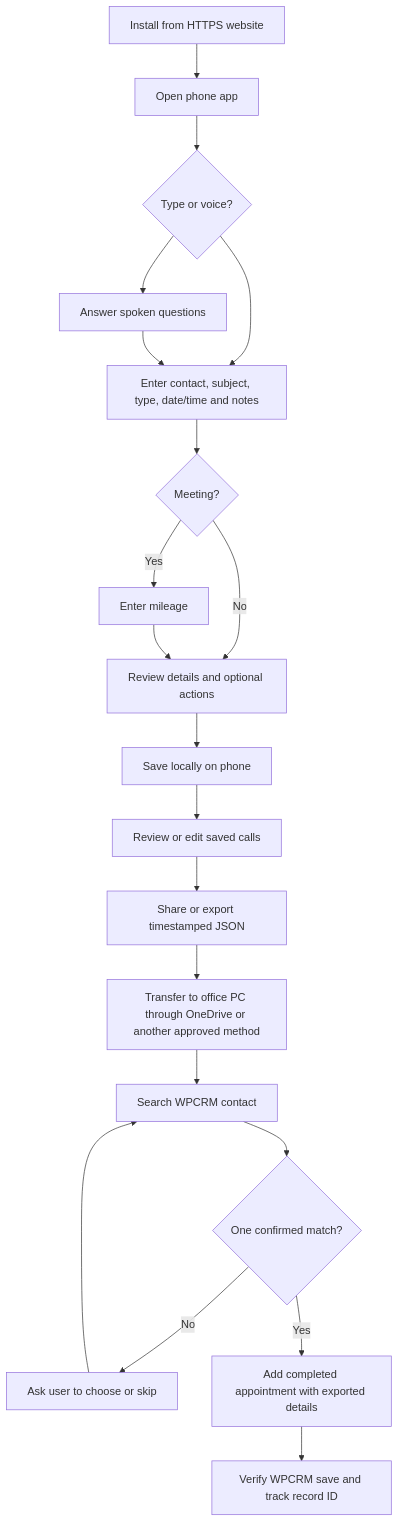
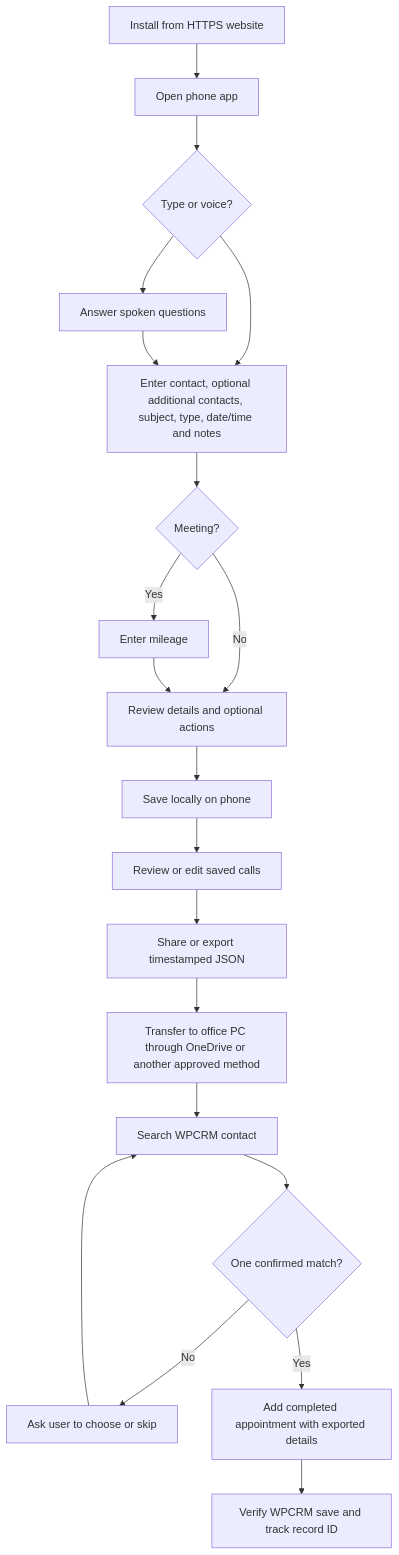
The diagram in FLOWCHART.md (thebaumeister-rgb/wpcrm-call-logger), drawn with Mermaid before and after one commit. The commit also changed 8 other files, not shown here.

````diff
--- a/FLOWCHART.md
+++ b/FLOWCHART.md
@@ -3,22 +3,22 @@
 ```mermaid
 flowchart TD
     A[Install from HTTPS website] --> B[Open phone app]
     B --> C{Type or voice?}
-    C --> D[Enter contact, subject, type, date/time and notes]
+    C --> D[Enter contact, optional additional contacts, subject, type, date/time and notes]
     C --> E[Answer spoken questions]
     E --> D
     D --> F{Meeting?}
     F -- Yes --> G[Enter mileage]
     F -- No --> H[Review details and optional actions]
     G --> H
     H --> I[Save locally on phone]
     I --> J[Review or edit saved calls]
     J --> K[Share or export timestamped JSON]
     K --> L[Transfer to office PC through OneDrive or another approved method]
     L --> M[Search WPCRM contact]
     M --> N{One confirmed match?}
     N -- No --> O[Ask user to choose or skip]
     O --> M
     N -- Yes --> P[Add completed appointment with exported details]
     P --> Q[Verify WPCRM save and track record ID]
 ```
````
